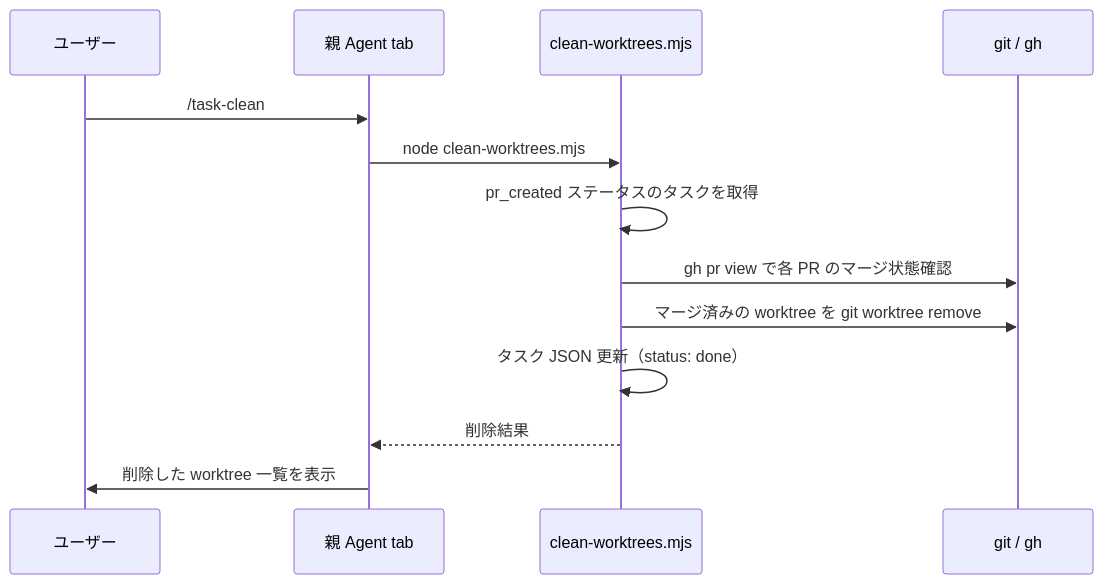
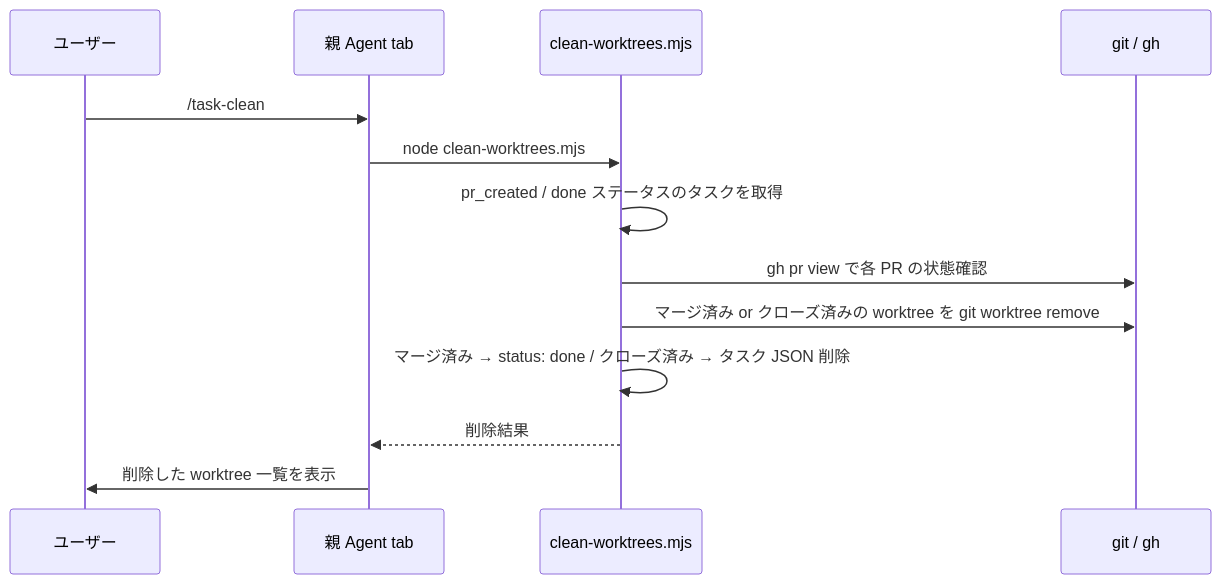
Before and after one commit to retocrooman/cursor-power: the seventh of 12 diagrams in DESIGN.md, drawn with Mermaid. The commit also changed other lines of this file and 4 other files, not shown here.

````diff
--- a/DESIGN.md
+++ b/DESIGN.md
@@ -293,16 +334,16 @@
 ```mermaid
 sequenceDiagram
   participant U as ユーザー
   participant P as 親 Agent tab
   participant S as clean-worktrees.mjs
   participant G as git / gh
 
   U->>P: /task-clean
   P->>S: node clean-worktrees.mjs
-  S->>S: pr_created ステータスのタスクを取得
-  S->>G: gh pr view で各 PR のマージ状態確認
-  S->>G: マージ済みの worktree を git worktree remove
-  S->>S: タスク JSON 更新（status: done）
+  S->>S: pr_created / done ステータスのタスクを取得
+  S->>G: gh pr view で各 PR の状態確認
+  S->>G: マージ済み or クローズ済みの worktree を git worktree remove
+  S->>S: マージ済み → status: done / クローズ済み → タスク JSON 削除
   S-->>P: 削除結果
   P->>U: 削除した worktree 一覧を表示
 ```
````
